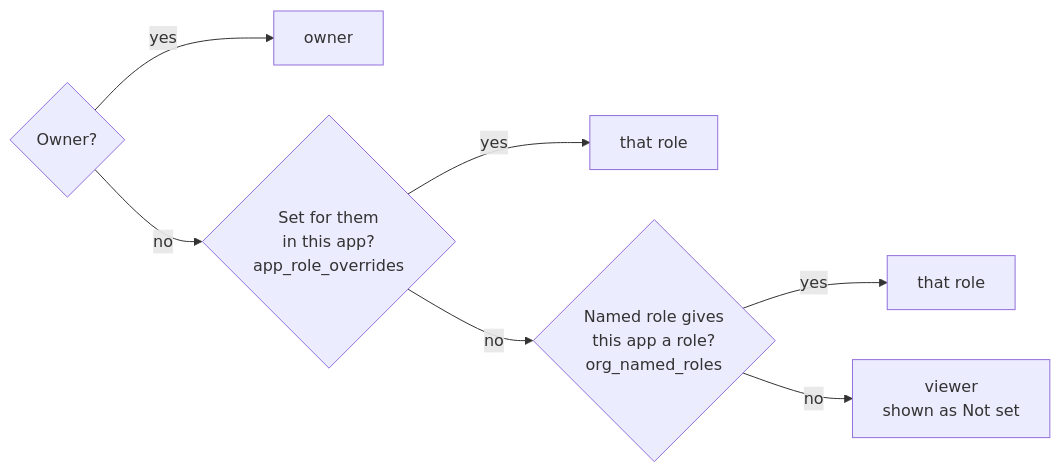
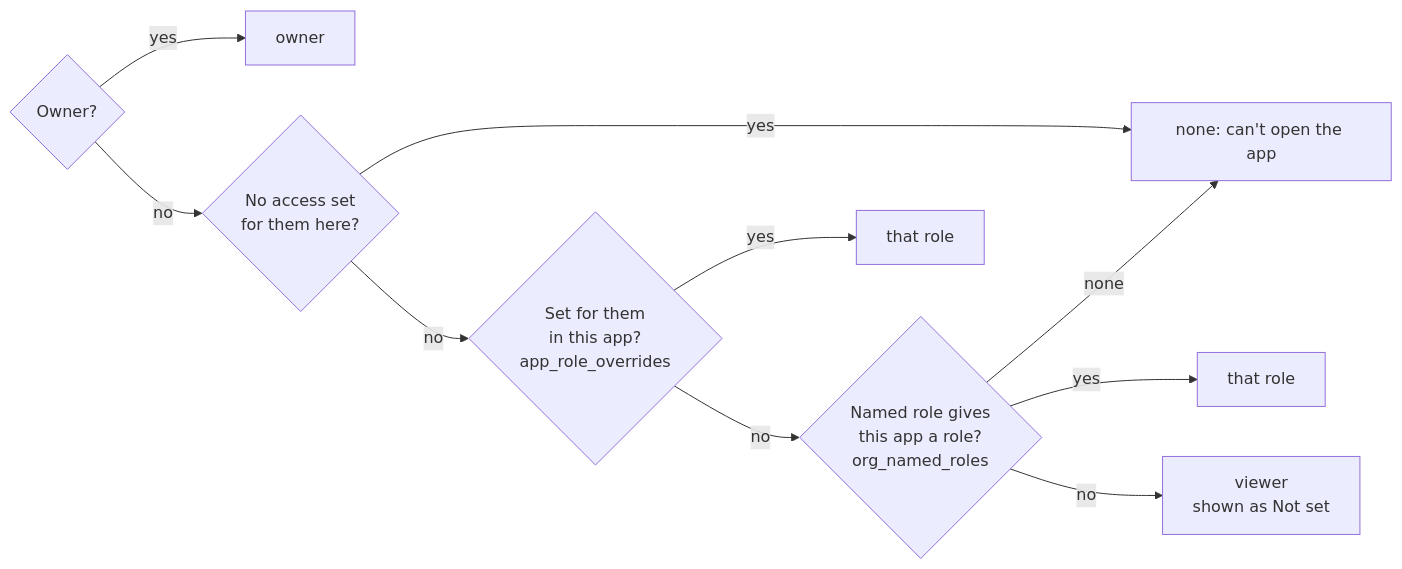
One commit to Nox-Mob/OpenAppHub changed the sixth of 26 diagrams in docs/architecture.md. Above: the diagram before and after it, drawn with Mermaid. The commit also changed other lines of this file and 11 other files, not shown here.

Commit message:
feat: No access in an app, and a setting for app admins to change roles in their own app (core 0015, shared 1.18.0)

````diff
--- a/docs/architecture.md
+++ b/docs/architecture.md
@@ -324,9 +324,12 @@
 ```mermaid
 flowchart LR
     Q{Owner?} -->|yes| O[owner]
-    Q -->|no| P{Set for them<br/>in this app?<br/>app_role_overrides}
+    Q -->|no| X{No access set<br/>for them here?}
+    X -->|yes| NA[none: can't open the app]
+    X -->|no| P{Set for them<br/>in this app?<br/>app_role_overrides}
     P -->|yes| PR[that role]
     P -->|no| N{Named role gives<br/>this app a role?<br/>org_named_roles}
+    N -->|"none"| NA
     N -->|yes| NR[that role]
     N -->|no| V[viewer<br/>shown as Not set]
 ```
````
